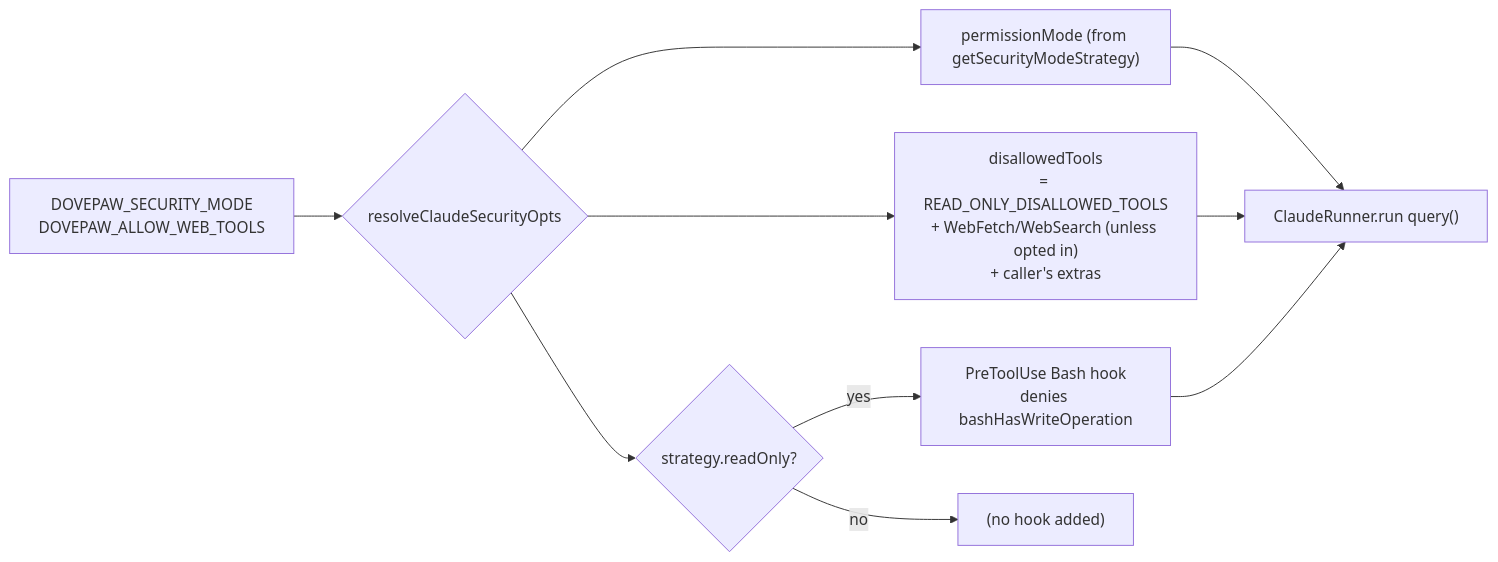
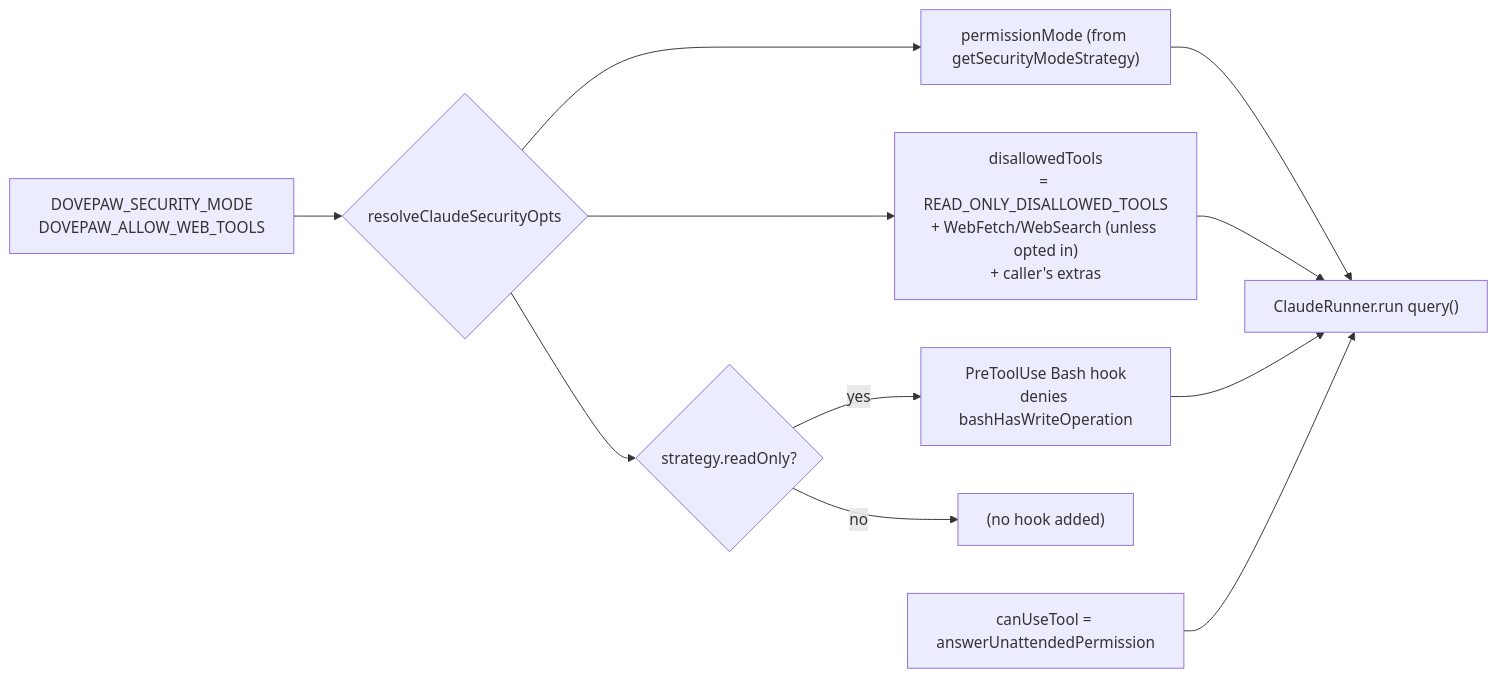
The seventh of 7 diagrams in docs/specs/02-security-guardrails.md (PixelPaw-Labs/DovePaw), drawn with Mermaid before and after one commit. The commit also changed other lines of this file and 3 other files, not shown here.

First line of the commit message:
feat(agent-sdk): Behavioural: Answer add-on approval asks in unattended agent runs

````diff
--- a/docs/specs/02-security-guardrails.md
+++ b/docs/specs/02-security-guardrails.md
@@ -167,11 +167,12 @@
 ```mermaid
 flowchart LR
   env["DOVEPAW_SECURITY_MODE<br/>DOVEPAW_ALLOW_WEB_TOOLS"]
   env --> rs{"resolveClaudeSecurityOpts"}
   rs --> pm["permissionMode (from getSecurityModeStrategy)"]
   rs --> dt["disallowedTools<br/>= READ_ONLY_DISALLOWED_TOOLS<br/>+ WebFetch/WebSearch (unless opted in)<br/>+ caller's extras"]
   rs --> hk{"strategy.readOnly?"}
   hk -- yes --> bh["PreToolUse Bash hook<br/>denies bashHasWriteOperation"]
   hk -- no --> none["(no hook added)"]
-  pm & dt & bh --> claude["ClaudeRunner.run query()"]
+  cut["canUseTool = answerUnattendedPermission"]
+  pm & dt & bh & cut --> claude["ClaudeRunner.run query()"]
 ```
````
